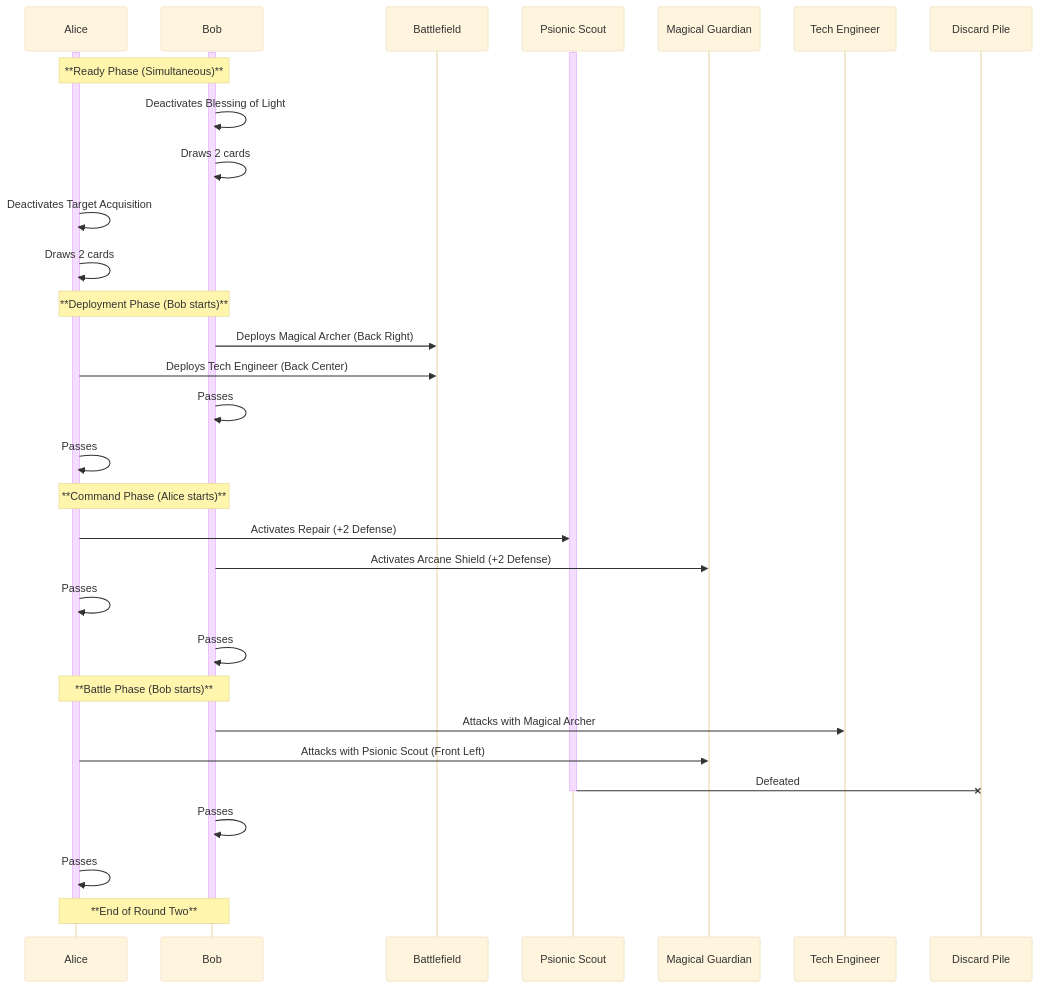
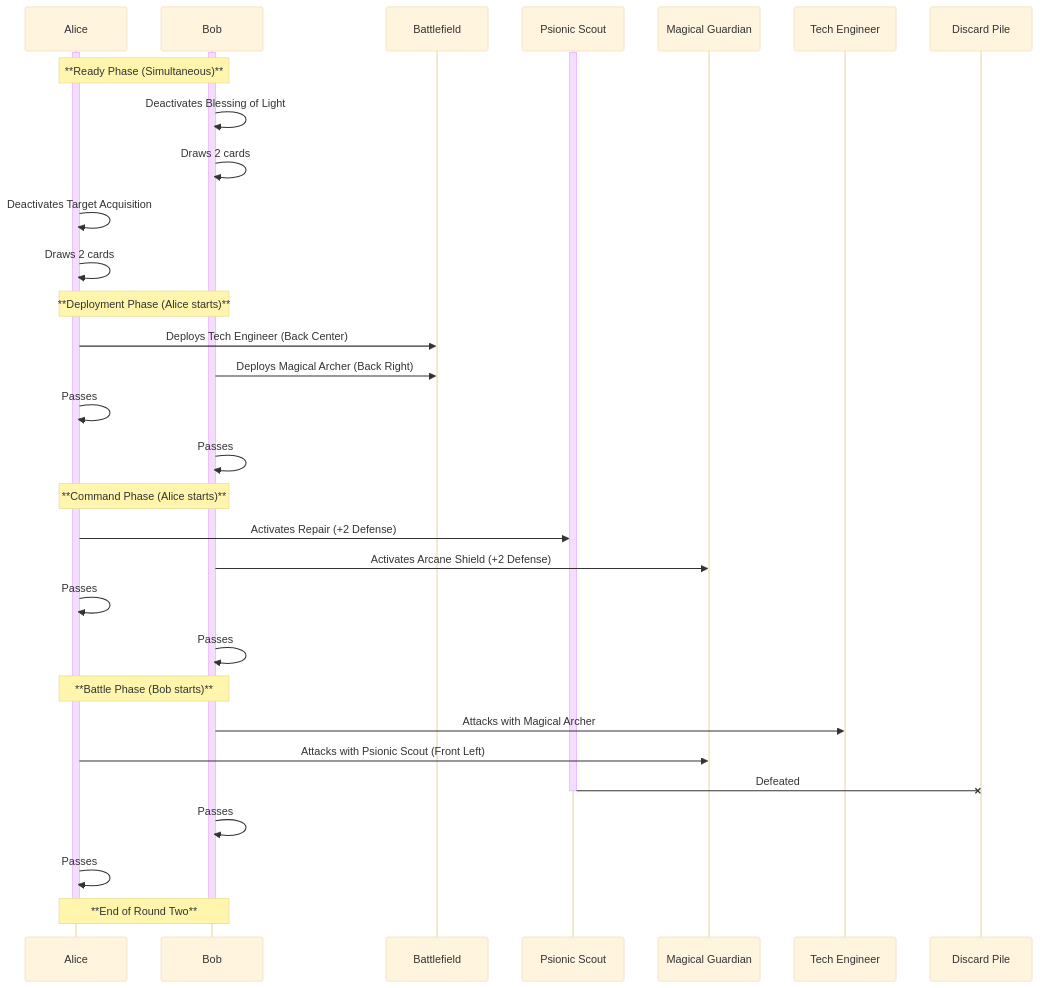
The eighth of 8 diagrams in Players/Quantum Nexus Full Game Rules.md (Billaferd/QuantumNexus), drawn with Mermaid (base theme) before and after one commit. The commit also changed other lines of this file, not shown here.

````diff
--- a/Players/Quantum Nexus Full Game Rules.md
+++ b/Players/Quantum Nexus Full Game Rules.md
@@ -411,41 +411,41 @@
 ```mermaid
 sequenceDiagram
     participant Alice
     participant Bob
 
     activate Bob
     activate Alice
     activate Psionic Scout
 
     note over Alice, Bob: **Ready Phase (Simultaneous)**
     Bob->>Bob: Deactivates Blessing of Light
 
     Bob->>Bob: Draws 2 cards
     Alice->>Alice: Deactivates Target Acquisition
     Alice->>Alice: Draws 2 cards
 
-    note over Alice, Bob: **Deployment Phase (Bob starts)**
+    note over Alice, Bob: **Deployment Phase (Alice starts)**
+    Alice->>Battlefield: Deploys Tech Engineer (Back Center)
     Bob->>Battlefield: Deploys Magical Archer (Back Right)
-    Alice->>Battlefield: Deploys Tech Engineer (Back Center)
+    Alice->>Alice: Passes
     Bob->>Bob: Passes
-    Alice->>Alice: Passes
 
     note over Alice, Bob: **Command Phase (Alice starts)**
     Alice->>Psionic Scout: Activates Repair (+2 Defense)
     Bob->>Magical Guardian: Activates Arcane Shield (+2 Defense)
     Alice->>Alice: Passes
     Bob->>Bob: Passes
 
     note over Alice, Bob: **Battle Phase (Bob starts)**
     Bob->>Tech Engineer: Attacks with Magical Archer
     Alice->>Magical Guardian: Attacks with Psionic Scout (Front Left)
     Psionic Scout-xDiscard Pile: Defeated
     deactivate Psionic Scout
     Bob->>Bob: Passes
     Alice->>Alice: Passes
 
     note over Alice, Bob: **End of Round Two**
 
     deactivate Alice
     deactivate Bob
 ```
````
